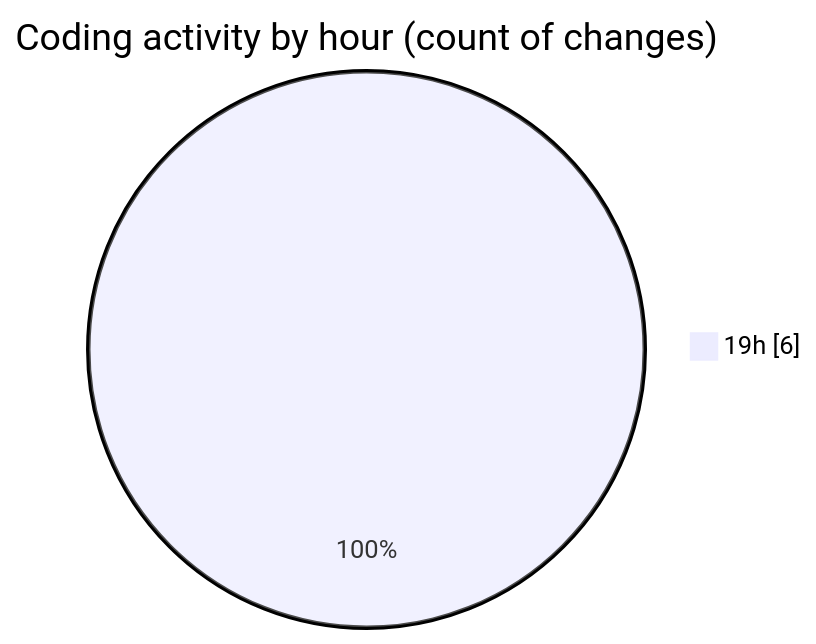
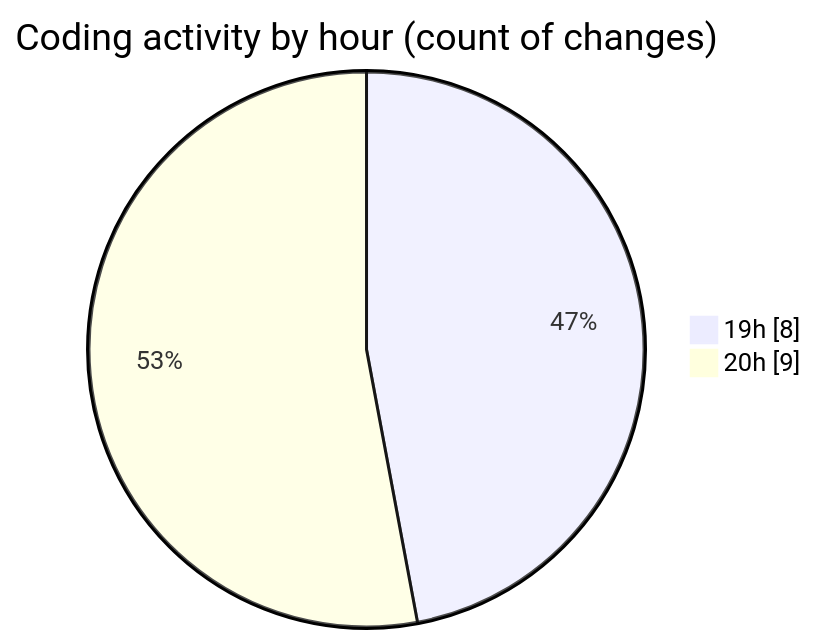
One commit to Elitesun/code-tracking changed the second of 2 diagrams in 2025-05-27/ecom_store/README.md. Above: the diagram before and after it, drawn with Mermaid. The commit also changed other lines of this file and 1 other file, not shown here.

````diff
--- a/2025-05-27/ecom_store/README.md
+++ b/2025-05-27/ecom_store/README.md
@@ -28,5 +34,6 @@
 ```mermaid
 pie showData
 title Coding activity by hour (count of changes)
-"19h" : 6
+"19h" : 8
+"20h" : 9
 ```
````
